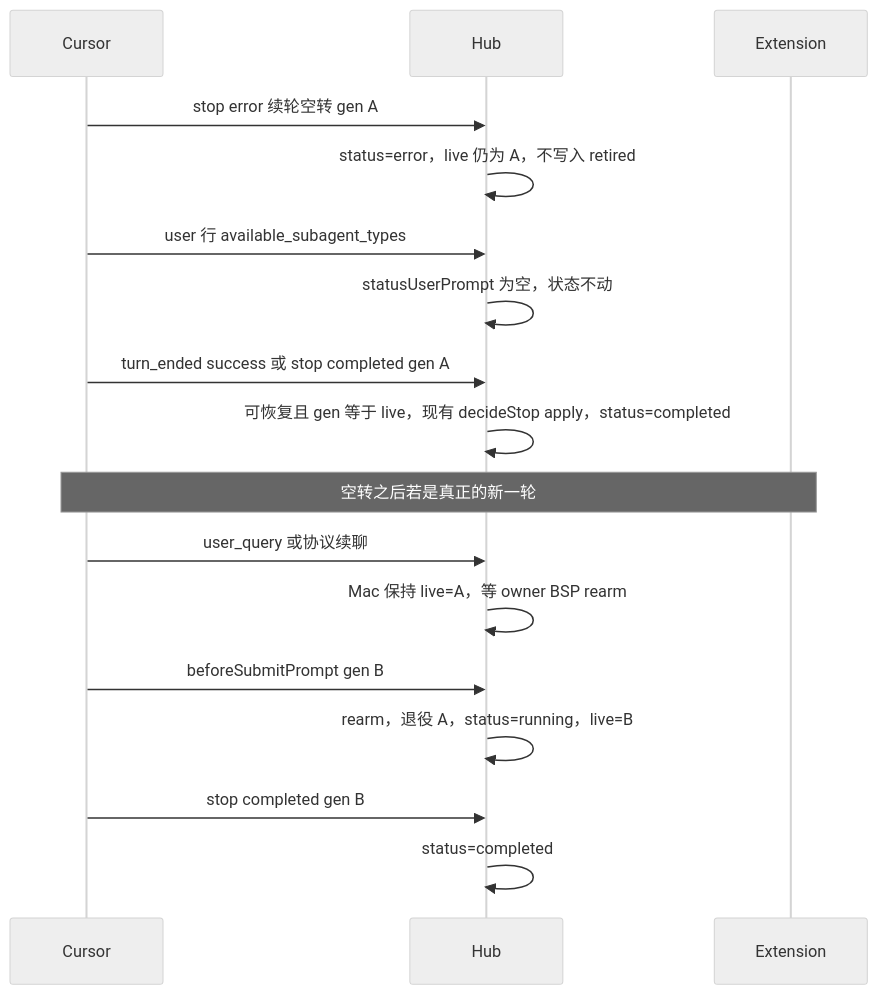
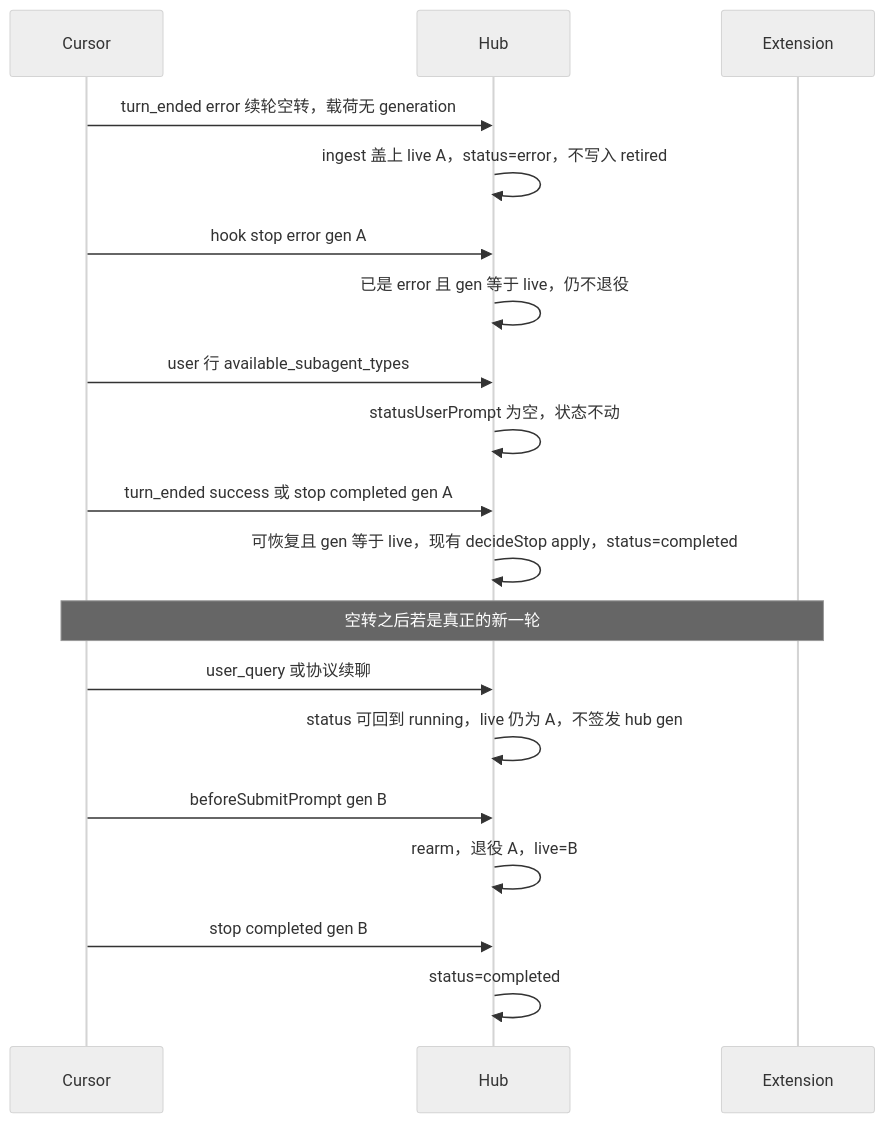
One commit to kaka926078890-tech/Armada changed the diagram in docs/superpowers/specs/2026-10-13-resume-stall-orphan-running-design.md. Above: the diagram before and after it, drawn with Mermaid (neutral theme). The commit also changed other lines of this file and 5 other files, not shown here.

First line of the commit message:
fix(hub): close a finished turn after a resume stall

````diff
--- a/docs/superpowers/specs/2026-10-13-resume-stall-orphan-running-design.md
+++ b/docs/superpowers/specs/2026-10-13-resume-stall-orphan-running-design.md
@@ -96,19 +99,21 @@
 ```mermaid
 sequenceDiagram
   participant Cursor
   participant Hub
   participant Ext as Extension
-  Cursor->>Hub: stop error 续轮空转 gen A
-  Hub->>Hub: status=error，live 仍为 A，不写入 retired
+  Cursor->>Hub: turn_ended error 续轮空转，载荷无 generation
+  Hub->>Hub: ingest 盖上 live A，status=error，不写入 retired
+  Cursor->>Hub: hook stop error gen A
+  Hub->>Hub: 已是 error 且 gen 等于 live，仍不退役
   Cursor->>Hub: user 行 available_subagent_types
   Hub->>Hub: statusUserPrompt 为空，状态不动
   Cursor->>Hub: turn_ended success 或 stop completed gen A
   Hub->>Hub: 可恢复且 gen 等于 live，现有 decideStop apply，status=completed
   Note over Cursor,Ext: 空转之后若是真正的新一轮
   Cursor->>Hub: user_query 或协议续聊
-  Hub->>Hub: Mac 保持 live=A，等 owner BSP rearm
+  Hub->>Hub: status 可回到 running，live 仍为 A，不签发 hub gen
   Cursor->>Hub: beforeSubmitPrompt gen B
-  Hub->>Hub: rearm，退役 A，status=running，live=B
+  Hub->>Hub: rearm，退役 A，live=B
   Cursor->>Hub: stop completed gen B
   Hub->>Hub: status=completed
 ```
````
